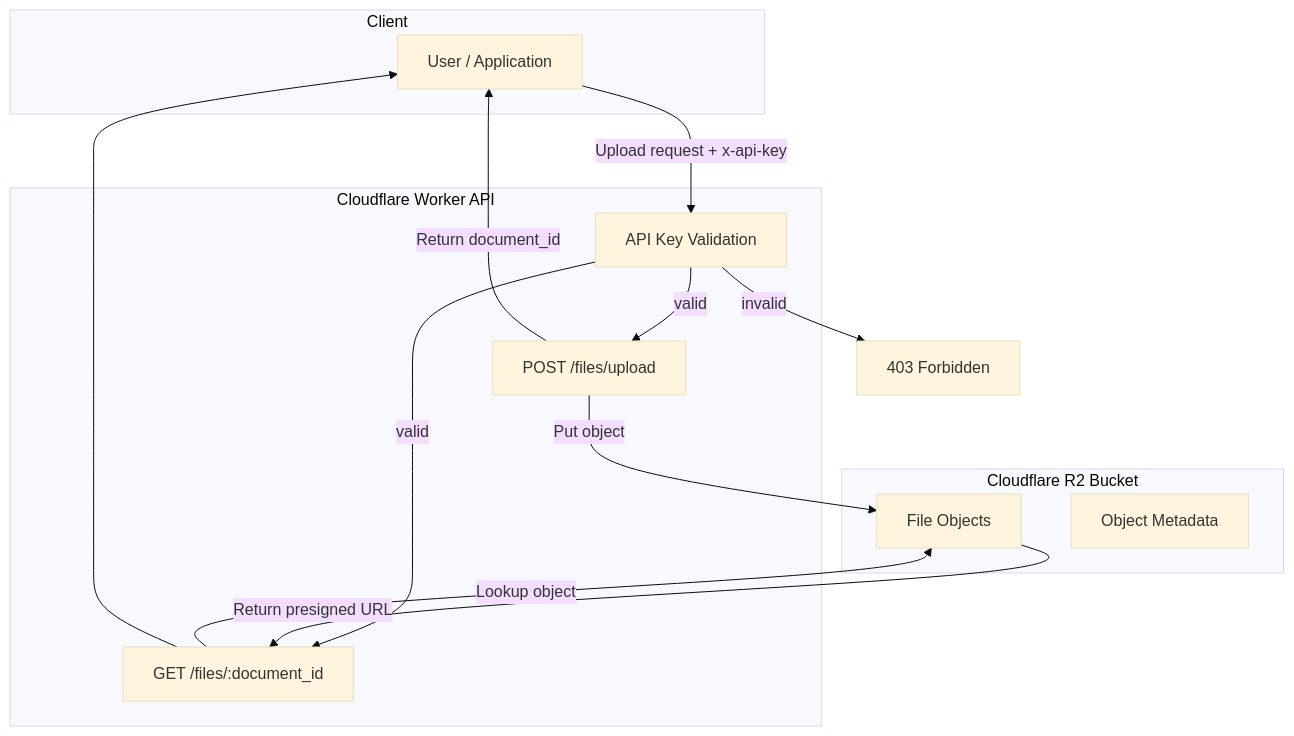
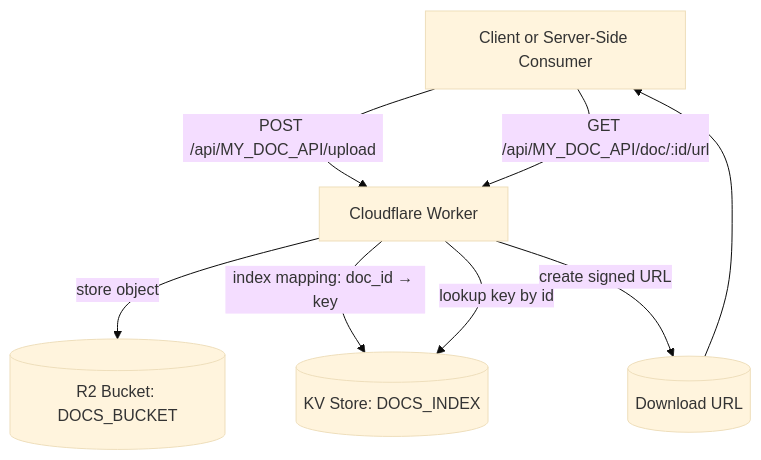
One commit to PrathyushaShetty/Marketing-Multi-Agent-System-with-Adaptive-Memory changed the second of 3 diagrams in design.md. Above: the diagram before and after it, drawn with Mermaid (base theme).

````diff
--- a/design.md
+++ b/design.md
@@ -54,30 +54,13 @@
 ```mermaid
 flowchart TB
-    subgraph Client["Client"]
-        Uploader["User / Application"]
-    end
+  Client[Client or Server-Side Consumer] -->|POST /api/MY_DOC_API/upload| Worker[Cloudflare Worker]
+  Worker -->|store object| R2[(R2 Bucket: DOCS_BUCKET)]
+  Worker -->|index mapping: doc_id → key| KV[(KV Store: DOCS_INDEX)]
 
-    subgraph API["Cloudflare Worker API"]
-        UploadEndpoint["POST /files/upload"]
-        GetEndpoint["GET /files/:document_id"]
-        Auth["API Key Validation"]
-    end
+  Client -->|GET /api/MY_DOC_API/doc/:id/url| Worker
+  Worker -->|lookup key by id| KV
+  Worker -->|create signed URL| URL[(Download URL)]
+  URL --> Client
 
-    subgraph Storage["Cloudflare R2 Bucket"]
-        FileStorage["File Objects"]
-        Metadata["Object Metadata"]
-    end
-
-    Uploader -->|Upload request + x-api-key| Auth
-    Auth -->|valid| UploadEndpoint
-    Auth -->|valid| GetEndpoint
-    Auth -->|invalid| Error["403 Forbidden"]
-
-    UploadEndpoint -->|Put object| FileStorage
-    UploadEndpoint -->|Return document_id| Uploader
-
-    GetEndpoint -->|Lookup object| FileStorage
-    FileStorage -->|Return presigned URL| GetEndpoint
-    GetEndpoint --> Uploader
 
 ```
````
